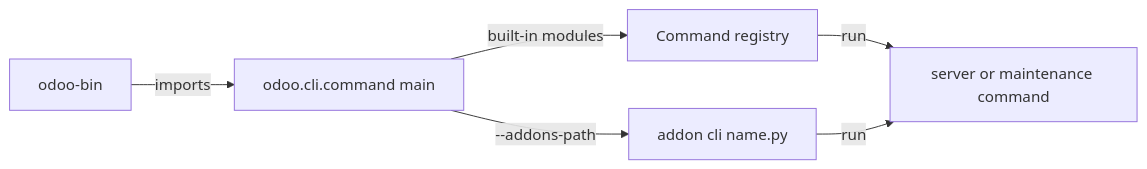
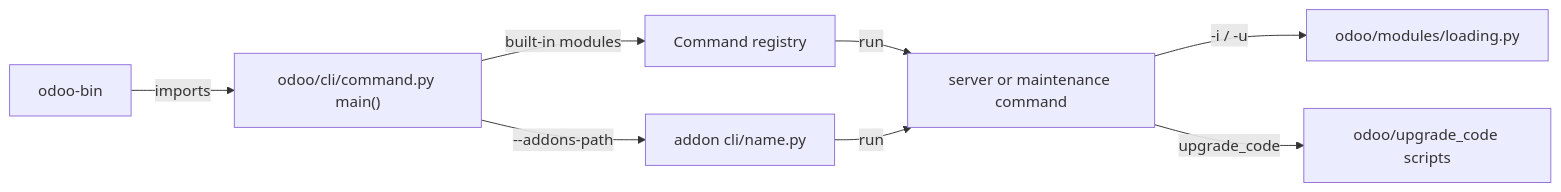
One commit to blitzy-public-samples/odoo changed the diagram in droid-wiki/systems/cli-and-maintenance.md. Above: the diagram before and after it, drawn with Mermaid. The commit also changed other lines of this file and 78 other files, not shown here.

````diff
--- a/droid-wiki/systems/cli-and-maintenance.md
+++ b/droid-wiki/systems/cli-and-maintenance.md
@@ -36,8 +49,10 @@
 ```mermaid
 graph LR
-    B[odoo-bin] -->|imports| D[odoo.cli.command main]
-    D -->|built-in modules| C[Command registry]
-    D -->|--addons-path| A[addon cli name.py]
-    C -->|run| S[server or maintenance command]
+    B["odoo-bin"] -->|imports| D["odoo/cli/command.py main()"]
+    D -->|built-in modules| C["Command registry"]
+    D -->|--addons-path| A["addon cli/name.py"]
+    C -->|run| S["server or maintenance command"]
     A -->|run| S
+    S -->|"-i / -u"| M["odoo/modules/loading.py"]
+    S -->|"upgrade_code"| U["odoo/upgrade_code scripts"]
 ```
````
